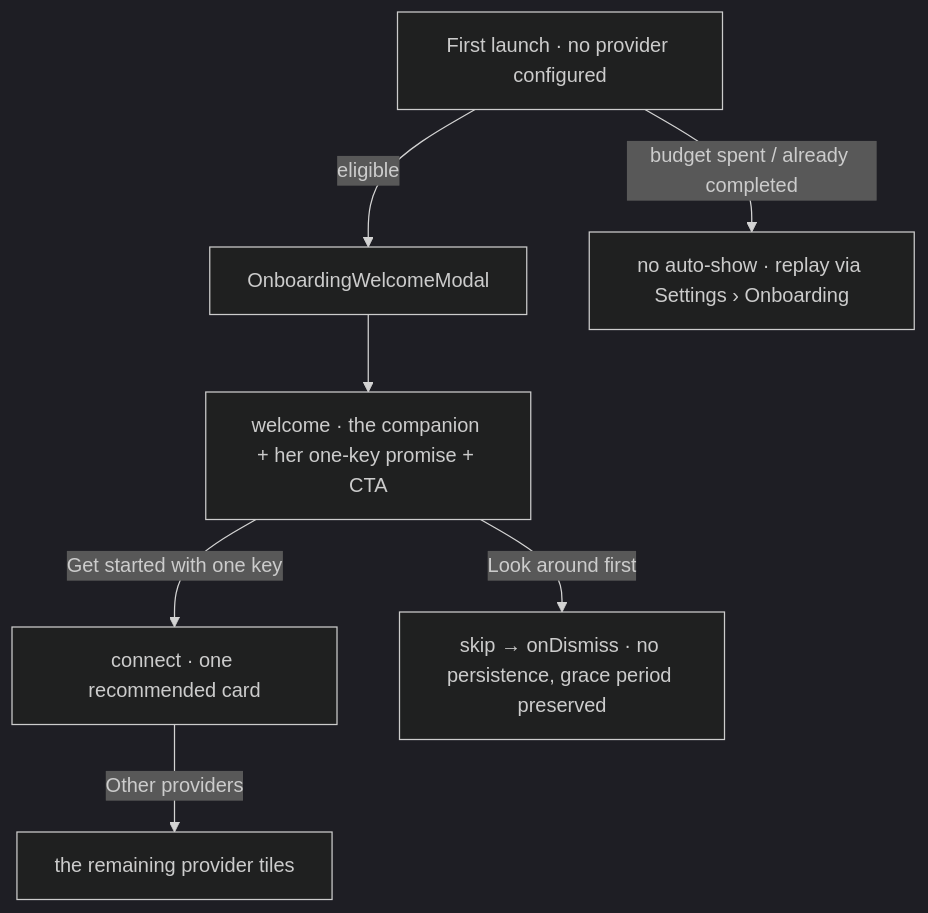
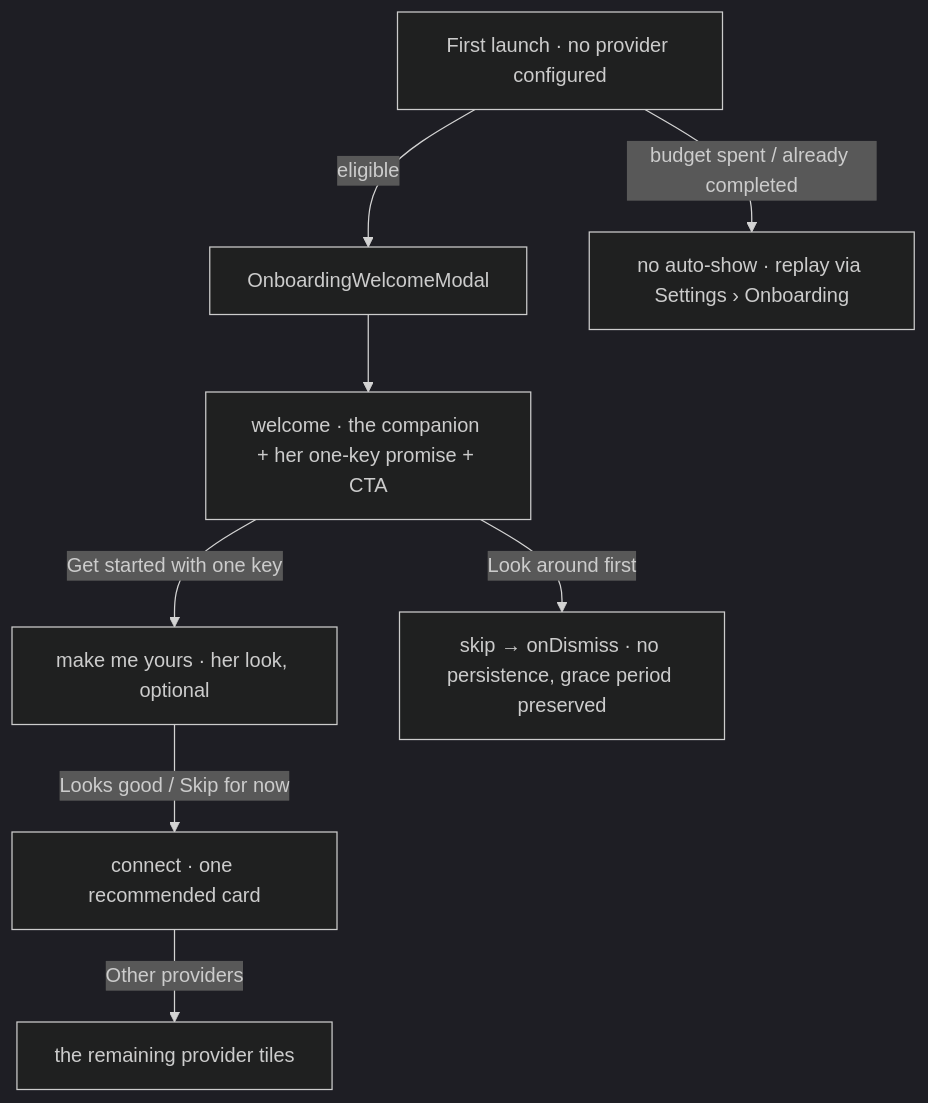
The diagram in knowledge/features/onboarding.md (matthiasn/lotti), drawn with Mermaid (dark theme) before and after one commit. The commit also changed other lines of this file and 36 other files, not shown here.

Commit message:
feat(onboarding): an optional "make me yours" step before the key

````diff
--- a/knowledge/features/onboarding.md
+++ b/knowledge/features/onboarding.md
@@ -38,9 +38,10 @@
 ```mermaid
 flowchart TD
     L[First launch · no provider configured] -->|eligible| W[OnboardingWelcomeModal]
     L -->|budget spent / already completed| NONE[no auto-show · replay via Settings › Onboarding]
     W --> WL[welcome · the companion + her one-key promise + CTA]
-    WL -->|Get started with one key| CN[connect · one recommended card]
+    WL -->|Get started with one key| MY[make me yours · her look, optional]
+    MY -->|Looks good / Skip for now| CN[connect · one recommended card]
     CN -->|Other providers| CNO[the remaining provider tiles]
     WL -->|Look around first| SK[skip → onDismiss · no persistence, grace period preserved]
 ```
````
